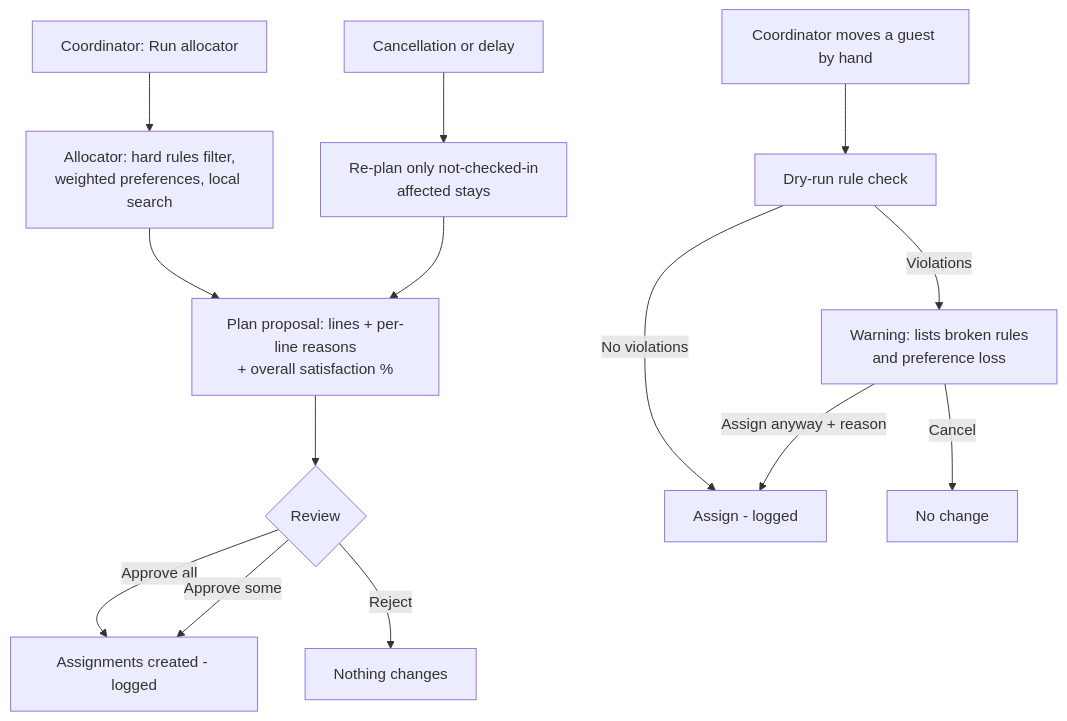
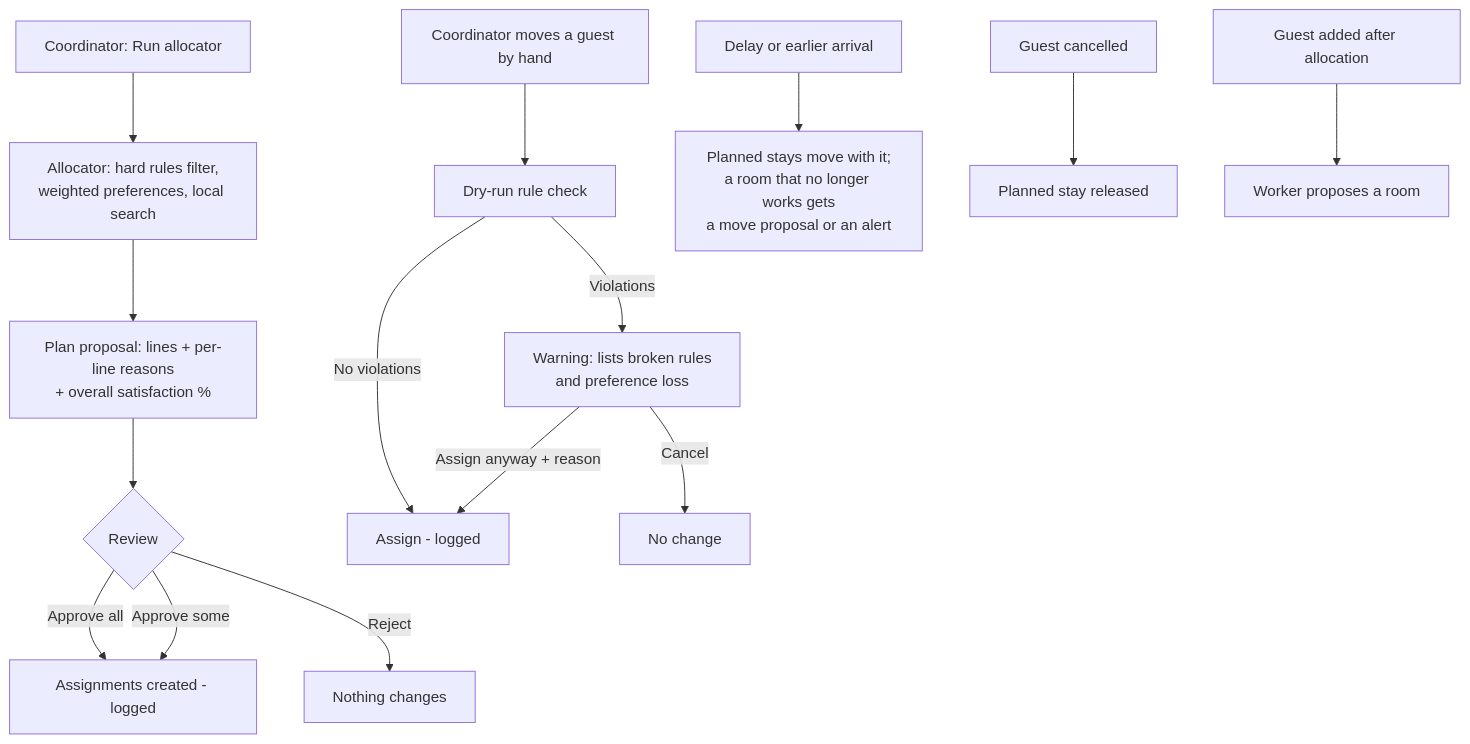
The fifth of 11 diagrams in docs/03-App-Flow.md (tallZacchaeus/hostmark-vip-gcs), drawn with Mermaid before and after one commit. The commit also changed other lines of this file and 71 other files, not shown here.

````diff
--- a/docs/03-App-Flow.md
+++ b/docs/03-App-Flow.md
@@ -183,15 +183,17 @@
 ```mermaid
 flowchart TD
   A[Coordinator: Run allocator] --> B[Allocator: hard rules filter,<br/>weighted preferences, local search]
   B --> C[Plan proposal: lines + per-line reasons<br/>+ overall satisfaction %]
   C --> D{Review}
   D -->|Approve all| E[Assignments created - logged]
   D -->|Approve some| E
   D -->|Reject| F[Nothing changes]
   G[Coordinator moves a guest by hand] --> H[Dry-run rule check]
   H -->|No violations| I[Assign - logged]
   H -->|Violations| J[Warning: lists broken rules<br/>and preference loss]
   J -->|Assign anyway + reason| I
   J -->|Cancel| K[No change]
-  L[Cancellation or delay] --> M[Re-plan only not-checked-in<br/>affected stays] --> C
+  L[Delay or earlier arrival] --> M[Planned stays move with it;<br/>a room that no longer works gets<br/>a move proposal or an alert]
+  N[Guest cancelled] --> O[Planned stay released]
+  P[Guest added after allocation] --> Q[Worker proposes a room]
 ```
````
